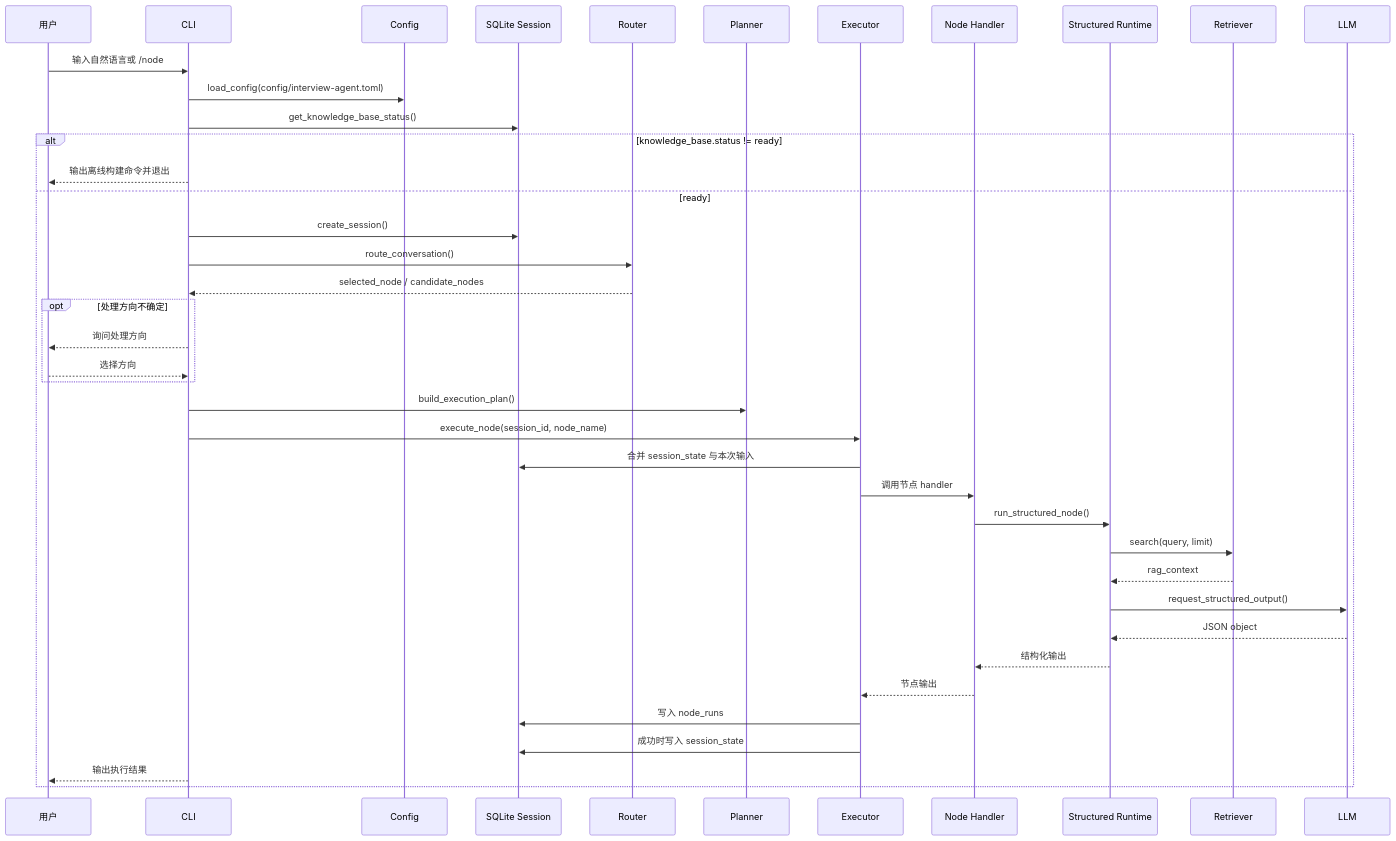
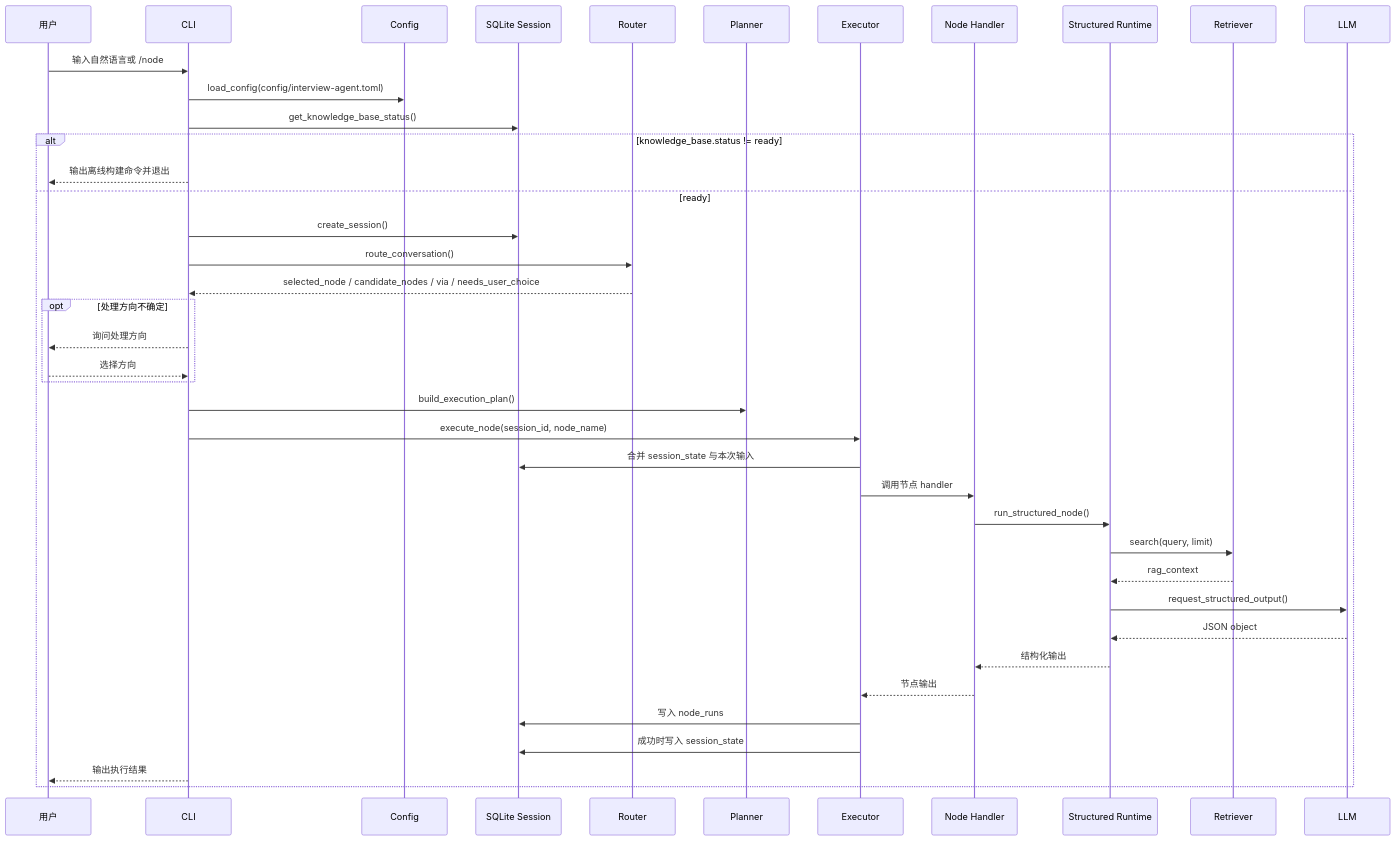
Before and after one commit to kaomianjin2/resume-agent: the second of 4 diagrams in docs/architecture.md, drawn with Mermaid. The commit also changed other lines of this file and 6 other files, not shown here.

````diff
--- a/docs/architecture.md
+++ b/docs/architecture.md
@@ -55,43 +57,43 @@
 ```mermaid
 sequenceDiagram
     participant U as 用户
     participant CLI as CLI
     participant C as Config
     participant S as SQLite Session
     participant R as Router
     participant P as Planner
     participant E as Executor
     participant N as Node Handler
     participant A as Structured Runtime
     participant K as Retriever
     participant L as LLM
 
     U->>CLI: 输入自然语言或 /node
     CLI->>C: load_config(config/interview-agent.toml)
     CLI->>S: get_knowledge_base_status()
     alt knowledge_base.status != ready
         CLI-->>U: 输出离线构建命令并退出
     else ready
         CLI->>S: create_session()
         CLI->>R: route_conversation()
-        R-->>CLI: selected_node / candidate_nodes
+        R-->>CLI: selected_node / candidate_nodes / via / needs_user_choice
         opt 处理方向不确定
             CLI-->>U: 询问处理方向
             U-->>CLI: 选择方向
         end
         CLI->>P: build_execution_plan()
         CLI->>E: execute_node(session_id, node_name)
         E->>S: 合并 session_state 与本次输入
         E->>N: 调用节点 handler
         N->>A: run_structured_node()
         A->>K: search(query, limit)
         K-->>A: rag_context
         A->>L: request_structured_output()
         L-->>A: JSON object
         A-->>N: 结构化输出
         N-->>E: 节点输出
         E->>S: 写入 node_runs
         E->>S: 成功时写入 session_state
         CLI-->>U: 输出执行结果
     end
 ```
````
